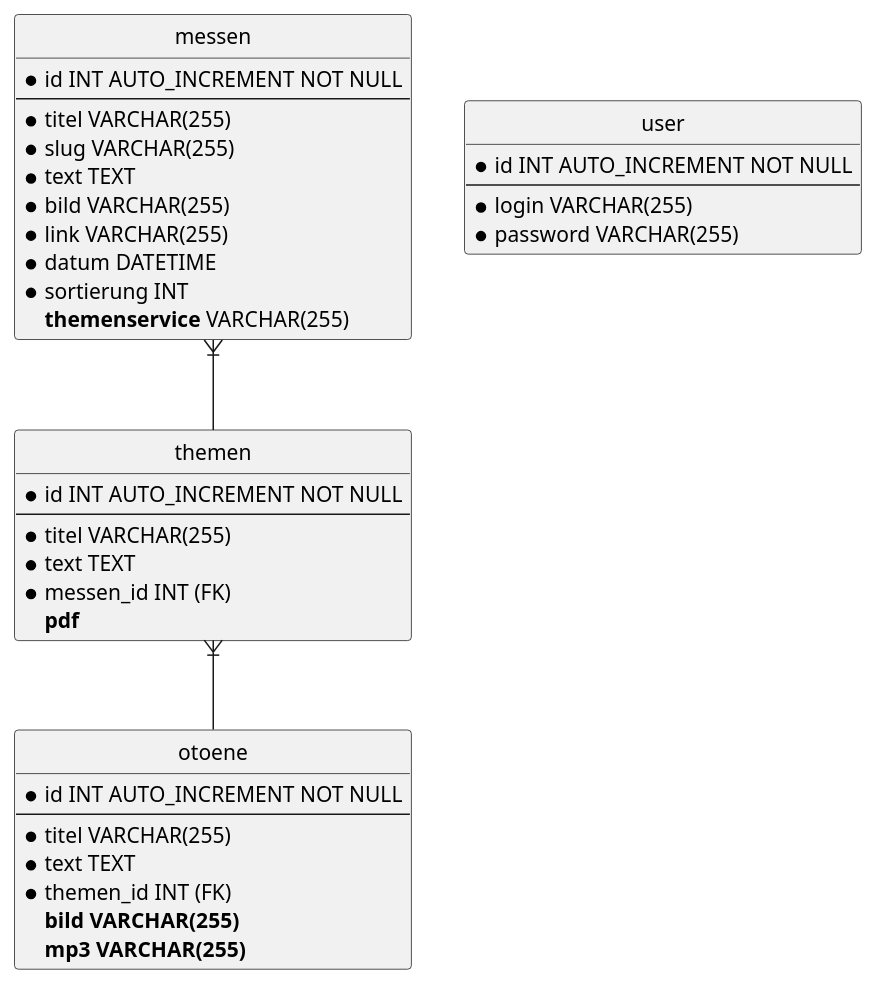
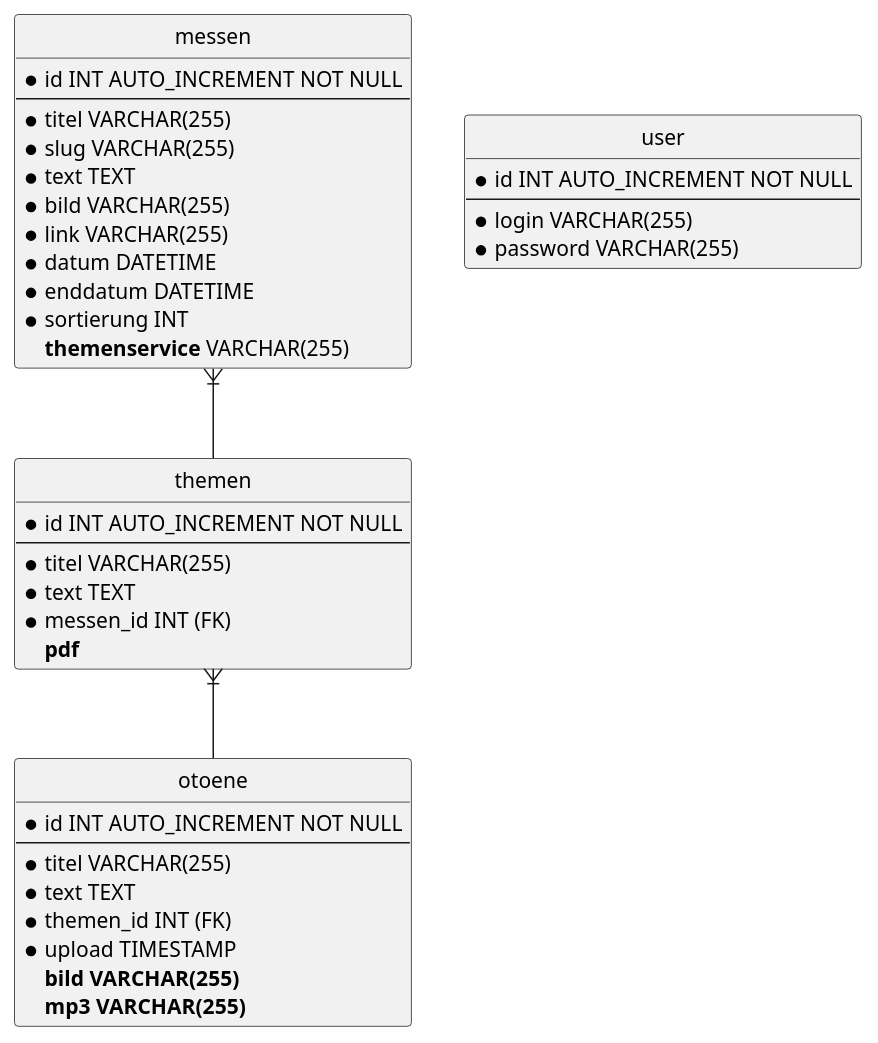
Before and after one commit to WebDaD/hfservice-man: the diagram in docs/database.puml, drawn with PlantUML. The commit also changed 1 other file, not shown here.

```diff
--- a/docs/database.puml
+++ b/docs/database.puml
@@ -1,43 +1,45 @@
 @startuml
 hide circle
 hide empty members
 
 entity messen {
   * id INT AUTO_INCREMENT NOT NULL
   --
   * titel VARCHAR(255)
   * slug VARCHAR(255)
   * text TEXT
   * bild VARCHAR(255)
   * link VARCHAR(255)
   * datum DATETIME
+  * enddatum DATETIME
   * sortierung INT
   **themenservice** VARCHAR(255)
 }
 entity themen {
   * id INT AUTO_INCREMENT NOT NULL
   --
   * titel VARCHAR(255)
   * text TEXT
   * messen_id INT (FK)
   **pdf**
 }
 entity otoene {
   * id INT AUTO_INCREMENT NOT NULL
   --
   * titel VARCHAR(255)
 	* text TEXT 
   * themen_id INT (FK)
+  * upload TIMESTAMP
 	**bild VARCHAR(255)**
 	**mp3 VARCHAR(255)**
 }	
 entity user {
   * id INT AUTO_INCREMENT NOT NULL
   --
   * login VARCHAR(255)
 	* password VARCHAR(255)
 }
 
 messen }|-- themen
 themen }|-- otoene
 @enduml
```
